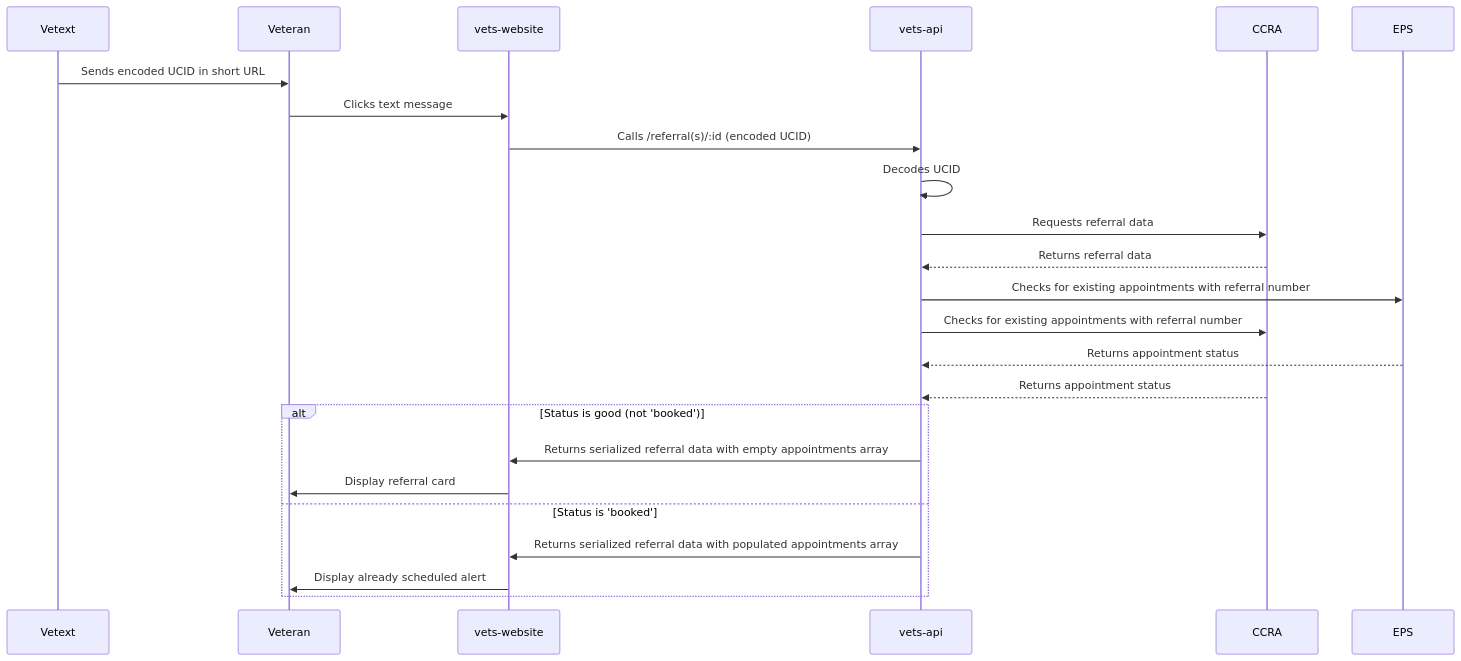
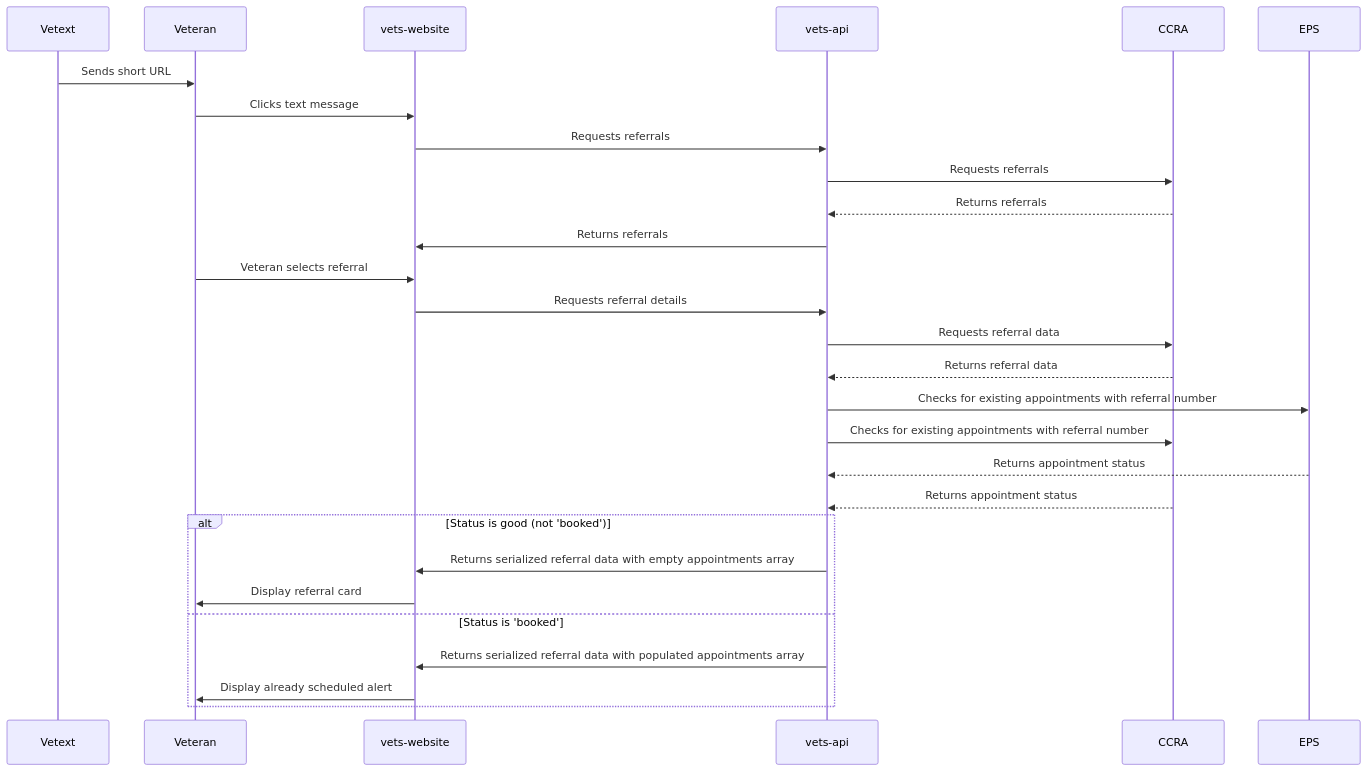
The third of 4 diagrams in products/health-care/appointments/va-online-scheduling/engineering/architecture/community-care-technical-documentation.md (department-of-veterans-affairs/va.gov-team), drawn with Mermaid before and after one commit.

````diff
--- a/products/health-care/appointments/va-online-scheduling/engineering/architecture/community-care-technical-documentation.md
+++ b/products/health-care/appointments/va-online-scheduling/engineering/architecture/community-care-technical-documentation.md
@@ -93,27 +93,31 @@
 ```mermaid
 sequenceDiagram
     participant Vetext
     participant Veteran
     participant vets-website
     participant vets-api
     participant CCRA
     participant EPS
 
-    Vetext->>Veteran: Sends encoded UCID in short URL
+    Vetext->>Veteran: Sends short URL
     Veteran->>vets-website: Clicks text message
-    vets-website->>vets-api: Calls /referral(s)/:id (encoded UCID)
-    vets-api->>vets-api: Decodes UCID
+    vets-website->>vets-api: Requests referrals
+    vets-api->>CCRA: Requests referrals
+    CCRA-->>vets-api: Returns referrals
+    vets-api->>vets-website: Returns referrals
+    Veteran->>vets-website: Veteran selects referral
+    vets-website->>vets-api: Requests referral details
     vets-api->>CCRA: Requests referral data
     CCRA-->>vets-api: Returns referral data
     vets-api->>EPS: Checks for existing appointments with referral number
     vets-api->>CCRA: Checks for existing appointments with referral number
     EPS-->>vets-api: Returns appointment status
     CCRA-->>vets-api: Returns appointment status
     alt Status is good (not 'booked')
         vets-api->>vets-website: Returns serialized referral data with empty appointments array
         vets-website->>Veteran: Display referral card
     else Status is 'booked'
         vets-api->>vets-website: Returns serialized referral data with populated appointments array
         vets-website->>Veteran: Display already scheduled alert
     end
 ```
````
